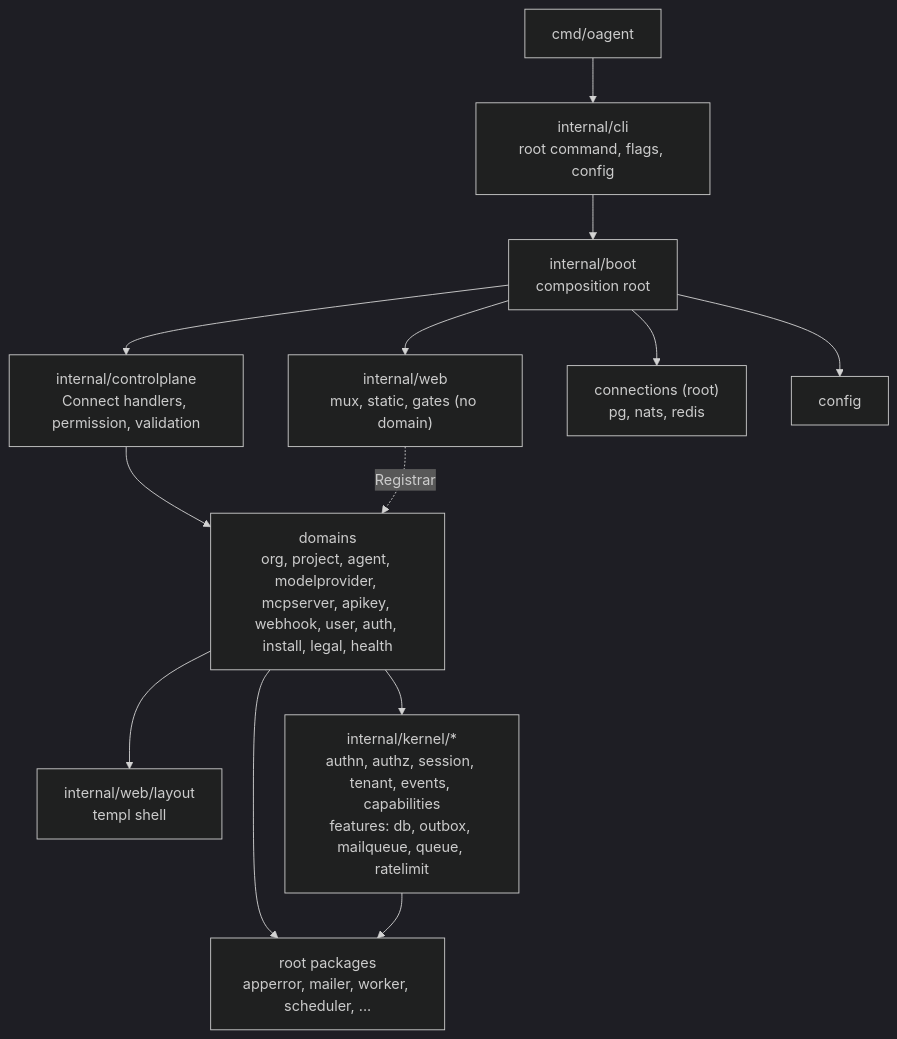
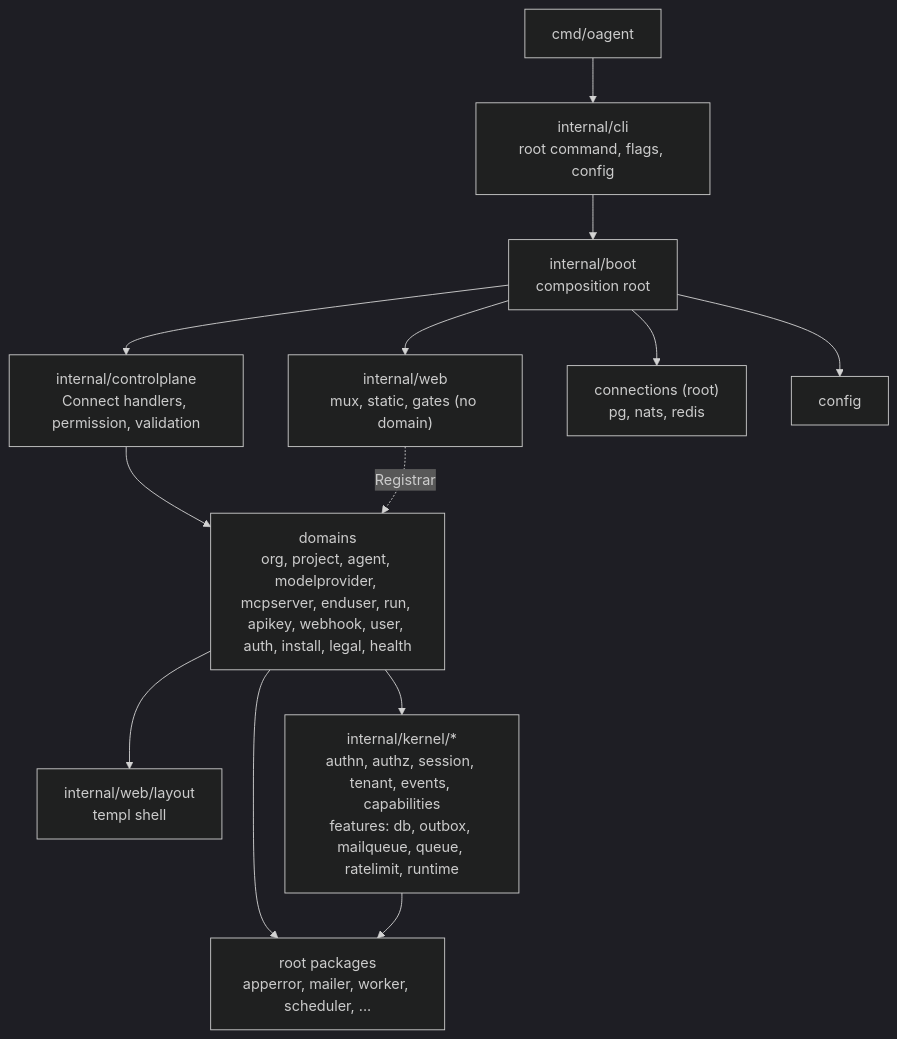
One commit to altalune-id/oagent changed the diagram in docs/architecture/README.md. Above: the diagram before and after it, drawn with Mermaid (dark theme). The commit also changed other lines of this file and 199 other files, not shown here.

First line of the commit message:
feat: add the run core and agent runtime (#66)

````diff
--- a/docs/architecture/README.md
+++ b/docs/architecture/README.md
@@ -22,15 +31,15 @@
 ```mermaid
 flowchart TB
   CMD["cmd/oagent"] --> CLI["internal/cli<br/>root command, flags, config"]
   CLI --> BOOT["internal/boot<br/>composition root"]
   BOOT --> CP["internal/controlplane<br/>Connect handlers, permission, validation"]
   BOOT --> WEB["internal/web<br/>mux, static, gates (no domain)"]
-  CP --> DOM["domains<br/>org, project, agent, modelprovider, mcpserver, apikey, webhook, user, auth, install, legal, health"]
+  CP --> DOM["domains<br/>org, project, agent, modelprovider, mcpserver, enduser, run, apikey, webhook, user, auth, install, legal, health"]
   WEB -. Registrar .-> DOM
   DOM --> LAYOUT["internal/web/layout<br/>templ shell"]
-  DOM --> KERNEL["internal/kernel/*<br/>authn, authz, session, tenant, events, capabilities<br/>features: db, outbox, mailqueue, queue, ratelimit"]
+  DOM --> KERNEL["internal/kernel/*<br/>authn, authz, session, tenant, events, capabilities<br/>features: db, outbox, mailqueue, queue, ratelimit, runtime"]
   DOM --> ROOT["root packages<br/>apperror, mailer, worker, scheduler, ..."]
   KERNEL --> ROOT
   BOOT --> CONN["connections (root)<br/>pg, nats, redis"]
   BOOT --> CFG["config"]
 ```
````
